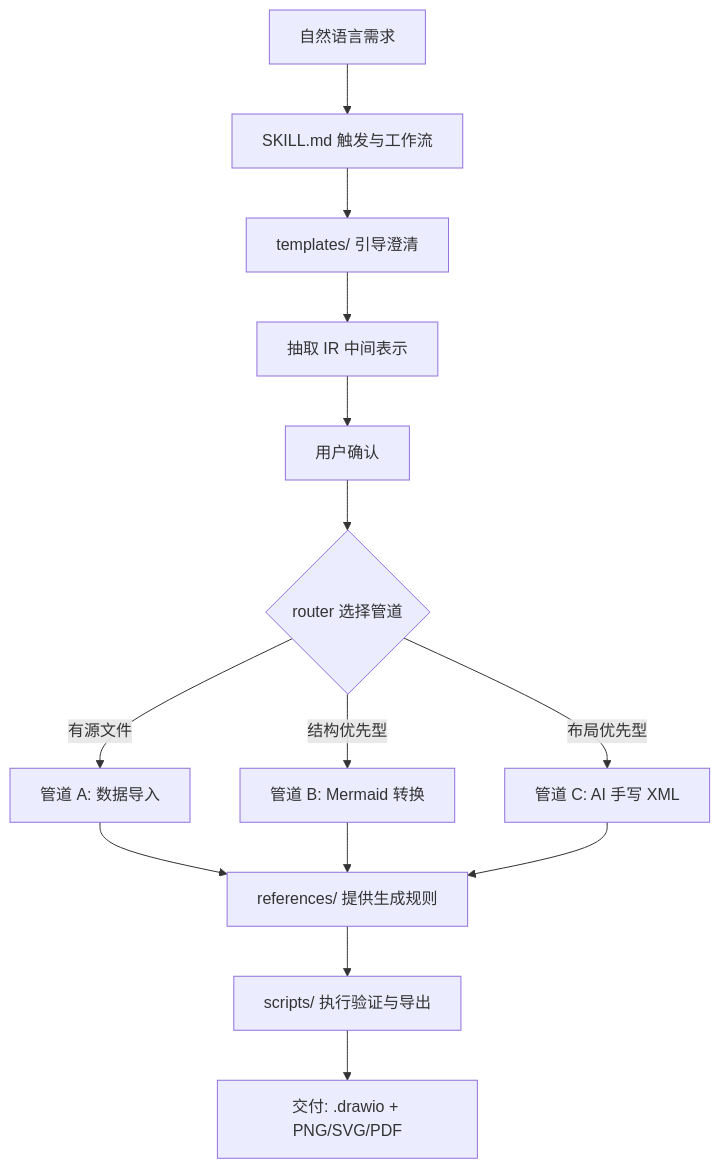
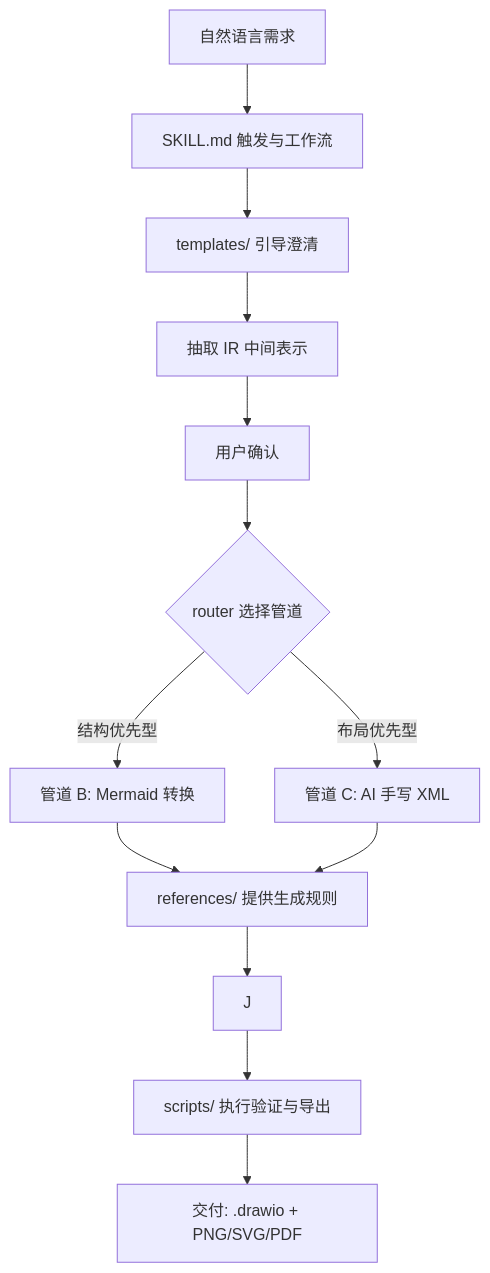
One commit to SuRisheng/xiaosu-draw-ai changed the first of 4 diagrams in doc/DESIGN.md. Above: the diagram before and after it, drawn with Mermaid. The commit also changed other lines of this file and 4 other files, not shown here.

````diff
--- a/doc/DESIGN.md
+++ b/doc/DESIGN.md
@@ -13,16 +13,15 @@
 ```mermaid
 flowchart TD
     A[自然语言需求] --> B[SKILL.md 触发与工作流]
     B --> C[templates/ 引导澄清]
     C --> D[抽取 IR 中间表示]
     D --> E[用户确认]
     E --> F{router 选择管道}
-    F -->|有源文件| G[管道 A: 数据导入]
-    F -->|结构优先型| H[管道 B: Mermaid 转换]
-    F -->|布局优先型| I[管道 C: AI 手写 XML]
-    G --> J[references/ 提供生成规则]
-    H --> J
+    F -->|结构优先型| G[管道 B: Mermaid 转换]
+    F -->|布局优先型| H[管道 C: AI 手写 XML]
+    G --> I[references/ 提供生成规则]
+    H --> I
     I --> J
     J --> K[scripts/ 执行验证与导出]
     K --> L[交付: .drawio + PNG/SVG/PDF]
 ```
````
